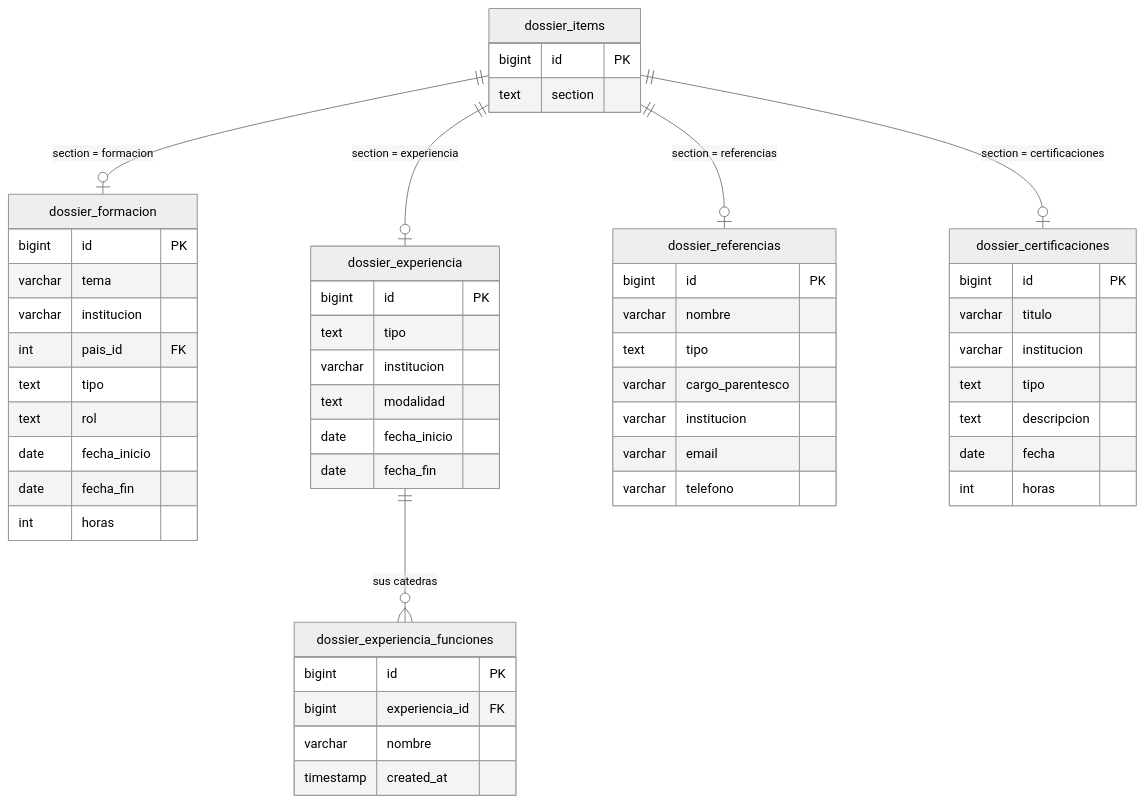
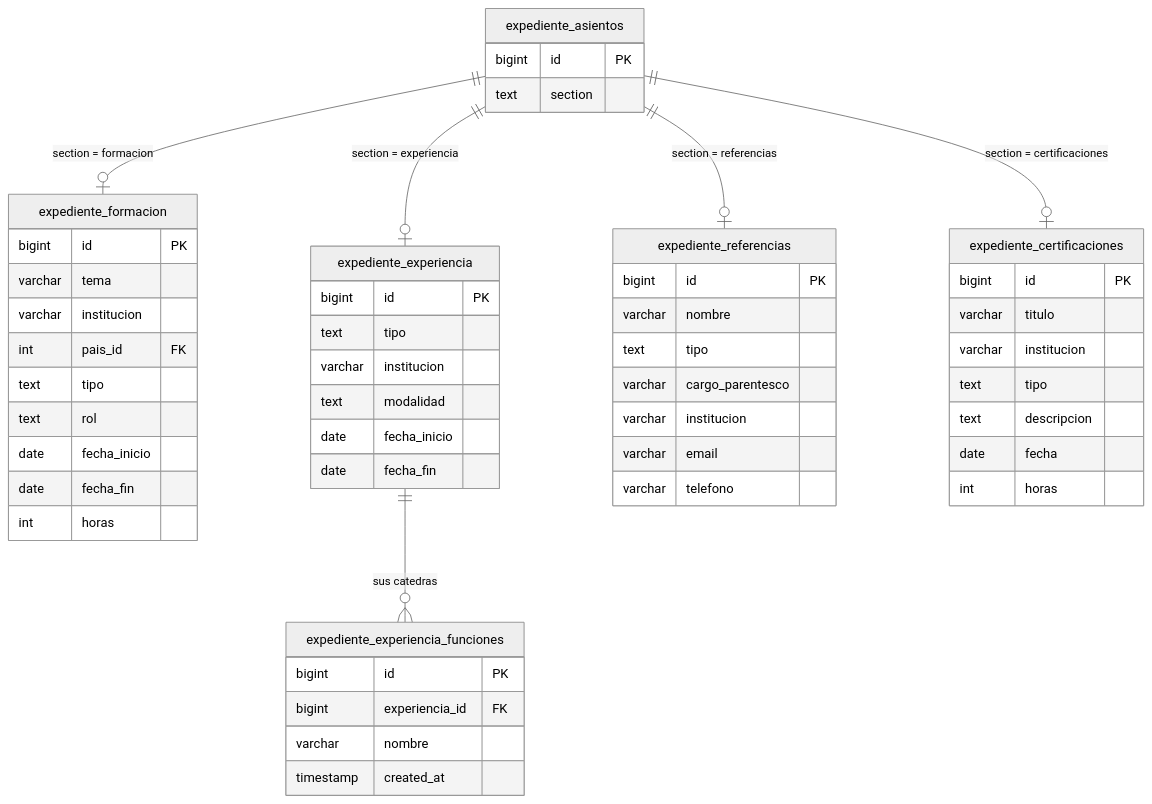
One commit to fresvel/deasy changed the third of 5 diagrams in docs/src/content/docs/complemento/expediente.md. Above: the diagram before and after it, drawn with Mermaid (neutral theme). The commit also changed other lines of this file and 2 other files, not shown here.

````diff
--- a/docs/src/content/docs/complemento/expediente.md
+++ b/docs/src/content/docs/complemento/expediente.md
@@ -190,61 +190,61 @@
 ```mermaid
 erDiagram
-  dossier_items ||--o| dossier_formacion : "section = formacion"
-  dossier_items ||--o| dossier_experiencia : "section = experiencia"
-  dossier_items ||--o| dossier_referencias : "section = referencias"
-  dossier_items ||--o| dossier_certificaciones : "section = certificaciones"
-  dossier_experiencia ||--o{ dossier_experiencia_funciones : "sus catedras"
+  expediente_asientos ||--o| expediente_formacion : "section = formacion"
+  expediente_asientos ||--o| expediente_experiencia : "section = experiencia"
+  expediente_asientos ||--o| expediente_referencias : "section = referencias"
+  expediente_asientos ||--o| expediente_certificaciones : "section = certificaciones"
+  expediente_experiencia ||--o{ expediente_experiencia_funciones : "sus catedras"
 
-  dossier_items {
+  expediente_asientos {
     bigint id PK
     text section
   }
 
-  dossier_formacion {
+  expediente_formacion {
     bigint id PK
     varchar tema
     varchar institucion
     int pais_id FK
     text tipo
     text rol
     date fecha_inicio
     date fecha_fin
     int horas
   }
 
-  dossier_experiencia {
+  expediente_experiencia {
     bigint id PK
     text tipo
     varchar institucion
     text modalidad
     date fecha_inicio
     date fecha_fin
   }
 
-  dossier_experiencia_funciones {
+  expediente_experiencia_funciones {
     bigint id PK
     bigint experiencia_id FK
     varchar nombre
     timestamp created_at
   }
 
-  dossier_referencias {
+  expediente_referencias {
     bigint id PK
     varchar nombre
     text tipo
     varchar cargo_parentesco
     varchar institucion
     varchar email
     varchar telefono
   }
 
-  dossier_certificaciones {
+  expediente_certificaciones {
     bigint id PK
     varchar titulo
     varchar institucion
     text tipo
     text descripcion
     date fecha
     int horas
   }
 ```
````
